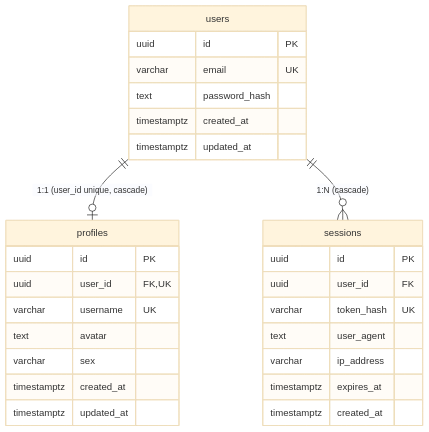
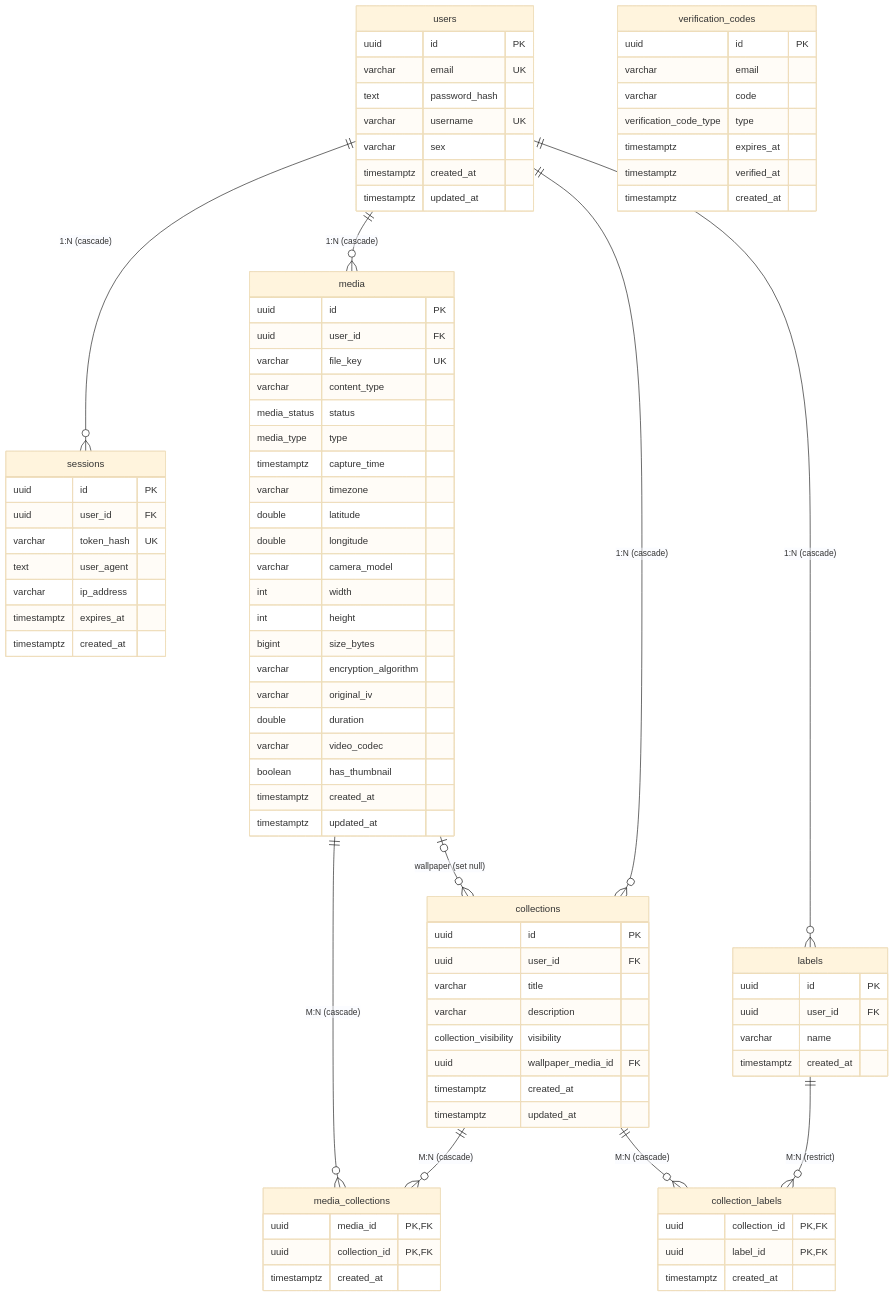
The diagram in docs/db-schema.md (GiftedByYahweh/memoro), drawn with Mermaid (base theme) before and after one commit. The commit also changed other lines of this file and 52 other files, not shown here.

Commit message:
core: merge profiles into users, drop avatar, regenerate init migration

````diff
--- a/docs/db-schema.md
+++ b/docs/db-schema.md
@@ -7,21 +9,20 @@
 ```mermaid
 erDiagram
-    users ||--o| profiles : "1:1 (user_id unique, cascade)"
     users ||--o{ sessions : "1:N (cascade)"
+    users ||--o{ media : "1:N (cascade)"
+    users ||--o{ collections : "1:N (cascade)"
+    users ||--o{ labels : "1:N (cascade)"
+    media ||--o{ media_collections : "M:N (cascade)"
+    collections ||--o{ media_collections : "M:N (cascade)"
+    collections ||--o{ collection_labels : "M:N (cascade)"
+    labels ||--o{ collection_labels : "M:N (restrict)"
+    media |o--o{ collections : "wallpaper (set null)"
 
     users {
         uuid id PK
         varchar email UK
         text password_hash
-        timestamptz created_at
-        timestamptz updated_at
-    }
-
-    profiles {
-        uuid id PK
-        uuid user_id FK,UK
         varchar username UK
-        text avatar
         varchar sex
         timestamptz created_at
         timestamptz updated_at
@@ -36,4 +37,68 @@
         timestamptz expires_at
         timestamptz created_at
     }
+
+    verification_codes {
+        uuid id PK
+        varchar email
+        varchar code
+        verification_code_type type
+        timestamptz expires_at
+        timestamptz verified_at
+        timestamptz created_at
+    }
+
+    media {
+        uuid id PK
+        uuid user_id FK
+        varchar file_key UK
+        varchar content_type
+        media_status status
+        media_type type
+        timestamptz capture_time
+        varchar timezone
+        double latitude
+        double longitude
+        varchar camera_model
+        int width
+        int height
+        bigint size_bytes
+        varchar encryption_algorithm
+        varchar original_iv
+        double duration
+        varchar video_codec
+        boolean has_thumbnail
+        timestamptz created_at
+        timestamptz updated_at
+    }
+
+    collections {
+        uuid id PK
+        uuid user_id FK
+        varchar title
+        varchar description
+        collection_visibility visibility
+        uuid wallpaper_media_id FK
+        timestamptz created_at
+        timestamptz updated_at
+    }
+
+    media_collections {
+        uuid media_id PK,FK
+        uuid collection_id PK,FK
+        timestamptz created_at
+    }
+
+    labels {
+        uuid id PK
+        uuid user_id FK
+        varchar name
+        timestamptz created_at
+    }
+
+    collection_labels {
+        uuid collection_id PK,FK
+        uuid label_id PK,FK
+        timestamptz created_at
+    }
 ```
````
